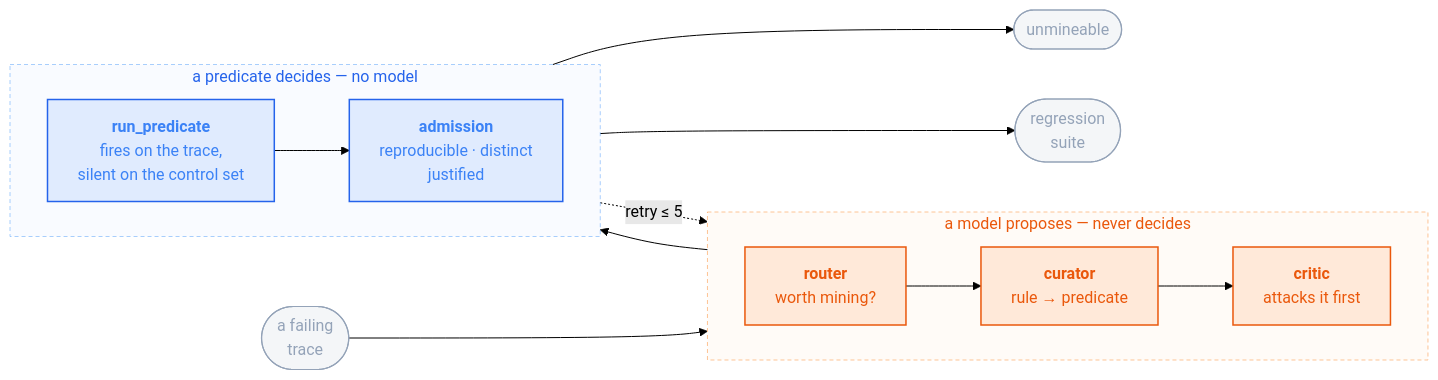
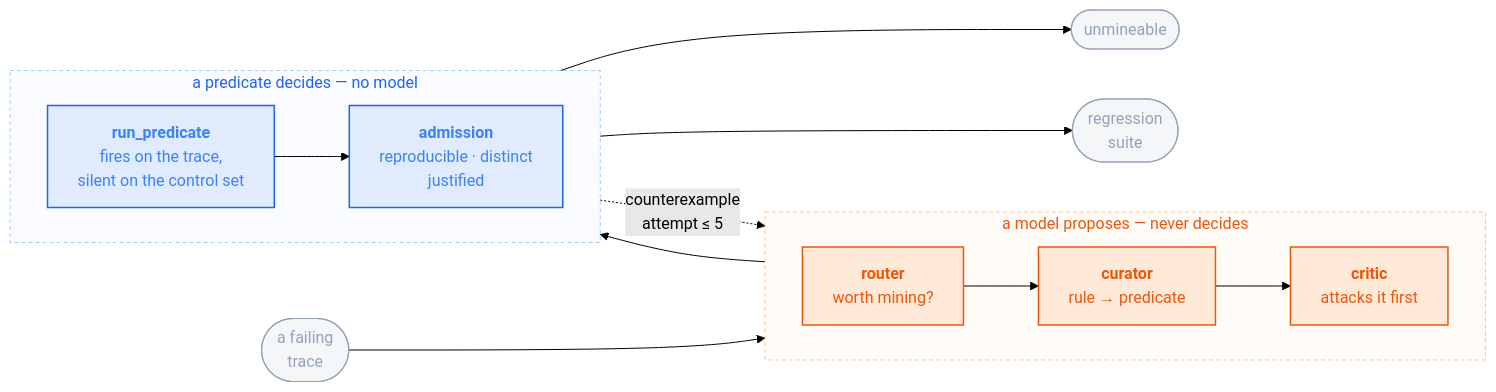
Before and after one commit to sandeepyadav1478/touchstone: the diagram in README.md, drawn with Mermaid (forest theme). The commit also changed other lines of this file, not shown here.

````diff
--- a/README.md
+++ b/README.md
@@ -76,29 +76,29 @@
 ```mermaid
 flowchart LR
   T(["a failing<br/>trace"]) --> R
 
   subgraph PROPOSE[" &nbsp; a model proposes — never decides &nbsp; "]
     direction LR
     R["<b>router</b><br/>worth mining?"] --> CU["<b>curator</b><br/>rule → predicate"] --> CR["<b>critic</b><br/>attacks it first"]
   end
 
   CR --> RP
 
   subgraph DECIDE[" &nbsp; a predicate decides — no model &nbsp; "]
     direction LR
     RP["<b>run_predicate</b><br/>fires on the trace,<br/>silent on the control set"] --> AD["<b>admission</b><br/>reproducible · distinct<br/>justified"]
   end
 
-  RP -. "retry ≤ 5" .-> CU
+  RP -. "counterexample<br/>attempt ≤ 5" .-> CU
   RP --> U(["unmineable"])
   AD --> S(["regression<br/>suite"])
 
   classDef m fill:#f9731622,stroke:#ea580c,stroke-width:1.5px,color:#ea580c
   classDef d fill:#3b82f622,stroke:#2563eb,stroke-width:1.5px,color:#3b82f6
   classDef io fill:#94a3b81a,stroke:#94a3b8,stroke-width:1.2px,color:#94a3b8
   class R,CU,CR m
   class RP,AD d
   class T,S,U io
   style PROPOSE fill:#f9731608,stroke:#fb923c88,stroke-dasharray:4 3,color:#ea580c
   style DECIDE fill:#3b82f608,stroke:#60a5fa88,stroke-dasharray:4 3,color:#2563eb
 ```
````
